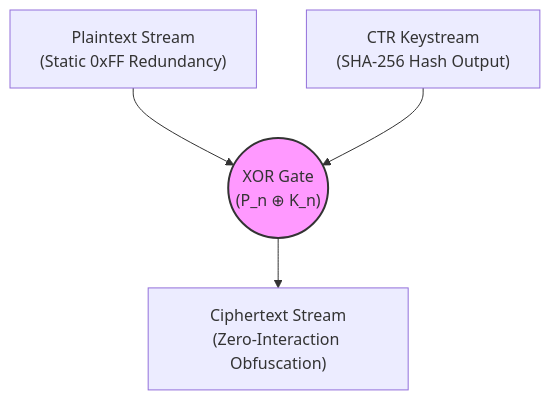
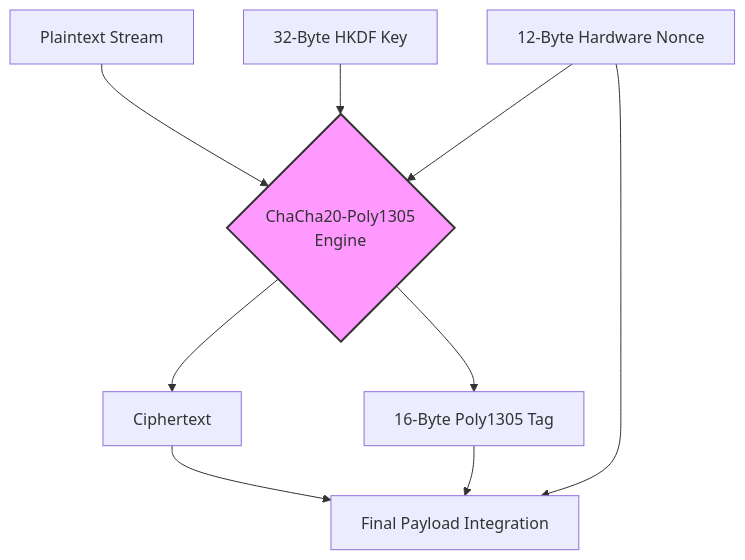
The second of 3 diagrams in README.md (no-time/Local-CSPRNG-Entropy-Extractor), drawn with Mermaid before and after one commit. The commit also changed other lines of this file, not shown here.

````diff
--- a/README.md
+++ b/README.md
@@ -114,8 +110,15 @@
 ```mermaid
 flowchart TD
-    P["Plaintext Stream\n(Static 0xFF Redundancy)"] --> X(("XOR Gate\n(P_n ⊕ K_n)"))
-    K["CTR Keystream\n(SHA-256 Hash Output)"] --> X
-    X --> C["Ciphertext Stream\n(Zero-Interaction Obfuscation)"]
+    P["Plaintext Stream"] --> AEAD{"ChaCha20-Poly1305\nEngine"}
+    K["32-Byte HKDF Key"] --> AEAD
+    N["12-Byte Hardware Nonce"] --> AEAD
     
-    style X fill:#f9f,stroke:#333,stroke-width:2px
+    AEAD --> C["Ciphertext"]
+    AEAD --> T["16-Byte Poly1305 Tag"]
+    
+    C --> OUT["Final Payload Integration"]
+    T --> OUT
+    N --> OUT
+    
+    style AEAD fill:#f9f,stroke:#333,stroke-width:2px
 ```
````
